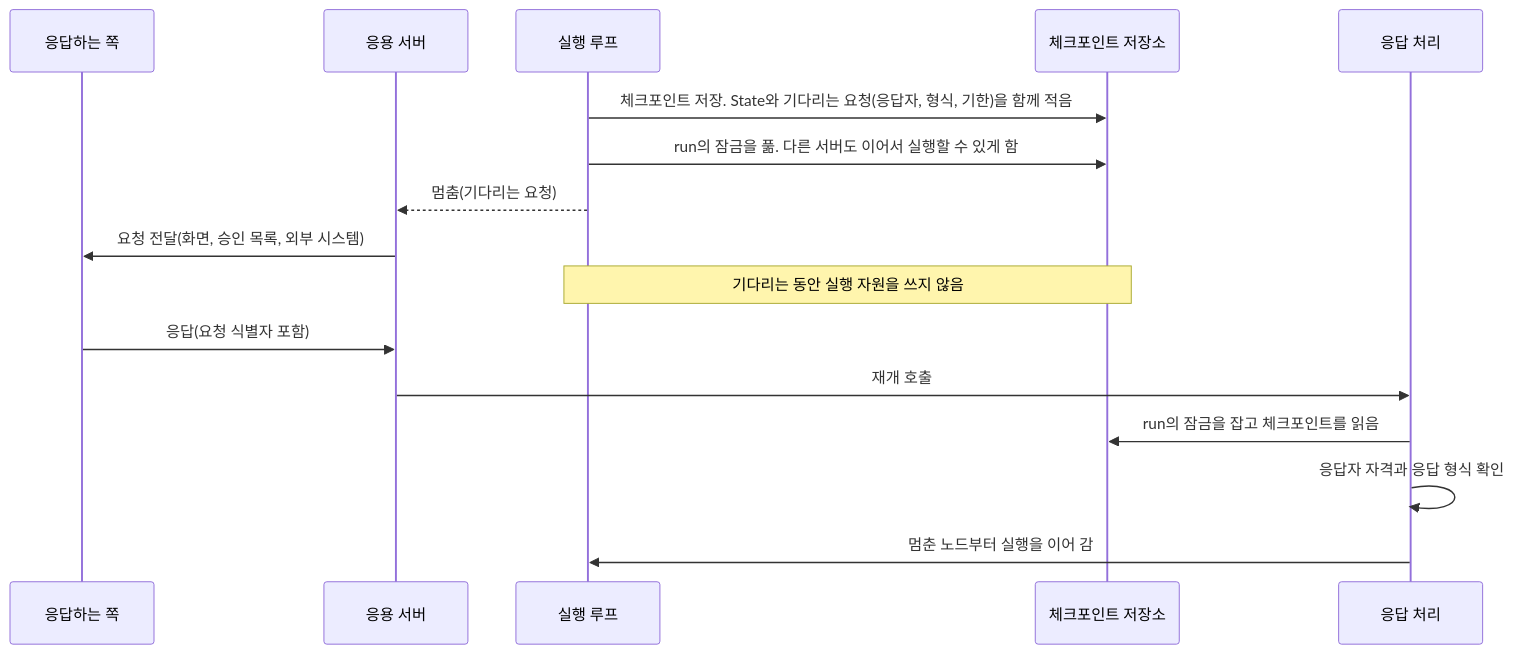
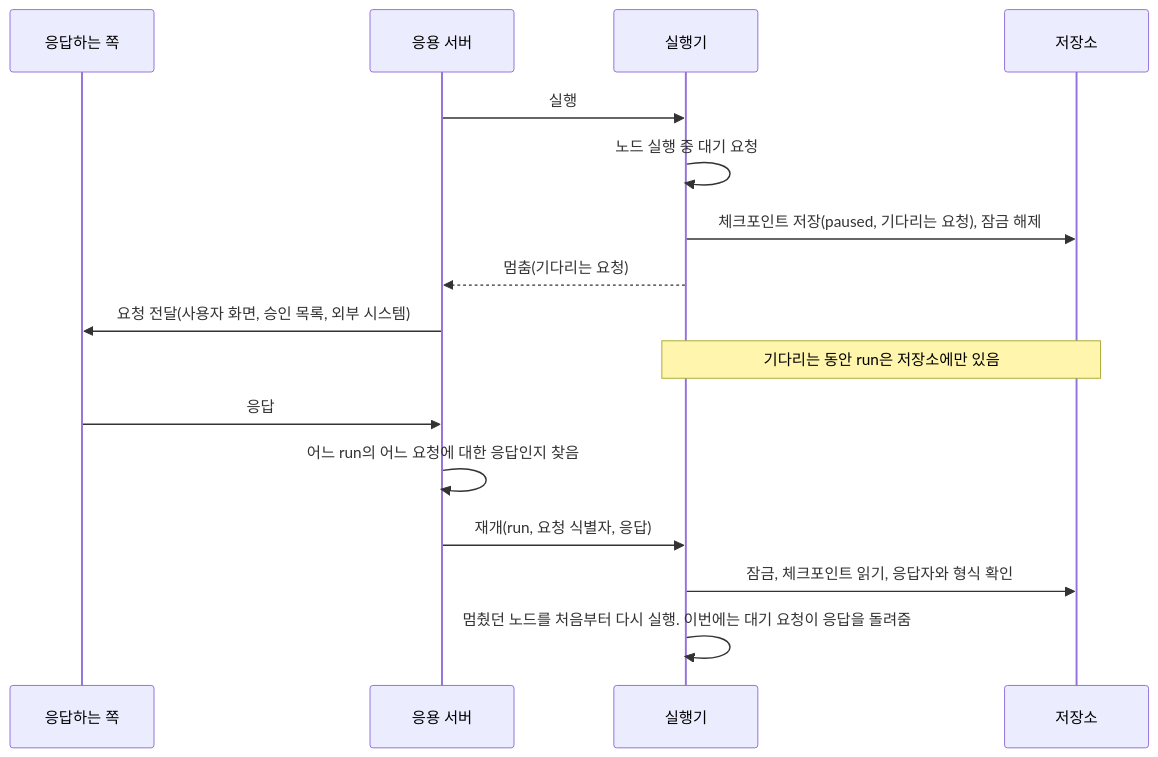
The second of 12 diagrams in 00.architecture.md (iwindfree/ai-agent-framework-architecture), drawn with Mermaid before and after one commit. The commit also changed other lines of this file, not shown here.

Commit message:
Align pause and resume diagram in 2.3.3 with 4.3.1

````diff
--- a/00.architecture.md
+++ b/00.architecture.md
@@ -343,18 +343,18 @@
 ```mermaid
 sequenceDiagram
     participant U as 응답하는 쪽
     participant A as 응용 서버
-    participant L as 실행 루프
-    participant S as 체크포인트 저장소
-    participant R as 응답 처리
-    L->>S: 체크포인트 저장. State와 기다리는 요청(응답자, 형식, 기한)을 함께 적음
-    L->>S: run의 잠금을 풂. 다른 서버도 이어서 실행할 수 있게 함
-    L-->>A: 멈춤(기다리는 요청)
-    A->>U: 요청 전달(화면, 승인 목록, 외부 시스템)
-    Note over L,S: 기다리는 동안 실행 자원을 쓰지 않음
-    U->>A: 응답(요청 식별자 포함)
-    A->>R: 재개 호출
-    R->>S: run의 잠금을 잡고 체크포인트를 읽음
-    R->>R: 응답자 자격과 응답 형식 확인
-    R->>L: 멈춘 노드부터 실행을 이어 감
+    participant X as 실행기
+    participant S as 저장소
+    A->>X: 실행
+    X->>X: 노드 실행 중 대기 요청
+    X->>S: 체크포인트 저장(paused, 기다리는 요청), 잠금 해제
+    X-->>A: 멈춤(기다리는 요청)
+    A->>U: 요청 전달(사용자 화면, 승인 목록, 외부 시스템)
+    Note over X,S: 기다리는 동안 run은 저장소에만 있음
+    U->>A: 응답
+    A->>A: 어느 run의 어느 요청에 대한 응답인지 찾음
+    A->>X: 재개(run, 요청 식별자, 응답)
+    X->>S: 잠금, 체크포인트 읽기, 응답자와 형식 확인
+    X->>X: 멈췄던 노드를 처음부터 다시 실행. 이번에는 대기 요청이 응답을 돌려줌
 ```
````
